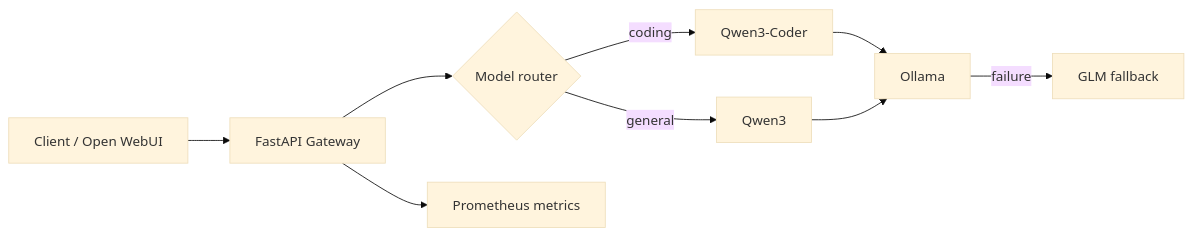
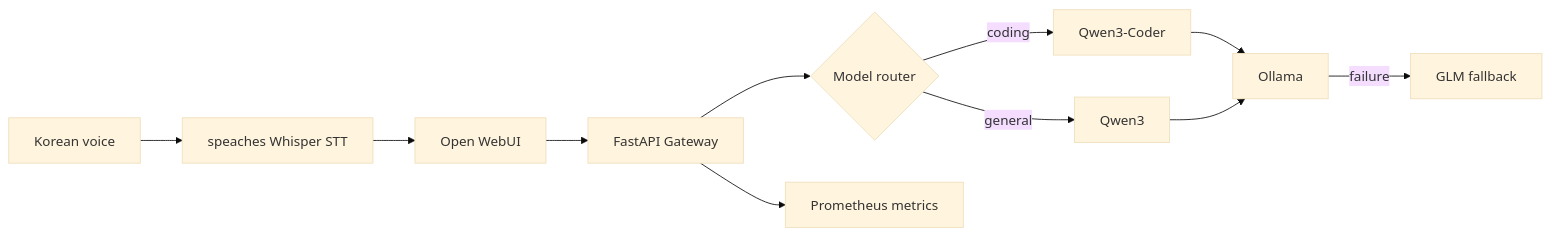
The diagram in README.md (hongsunsik/llmops-local-inference-platform), drawn with Mermaid (base theme) before and after one commit. The commit also changed other lines of this file and 3 other files, not shown here.

First line of the commit message:
feat: add Korean voice-assistant demo (Open WebUI + Whisper)

````diff
--- a/README.md
+++ b/README.md
@@ -17,11 +18,13 @@
 ```mermaid
 flowchart LR
-    C[Client / Open WebUI] --> G[FastAPI Gateway]
+    V[Korean voice] --> W[speaches Whisper STT]
+    W --> C[Open WebUI]
+    C --> G[FastAPI Gateway]
     G --> R{Model router}
     R -->|coding| QC[Qwen3-Coder]
     R -->|general| Q[Qwen3]
     QC --> O[Ollama]
     Q --> O
     O -->|failure| F[GLM fallback]
     G --> P[Prometheus metrics]
 ```
````
